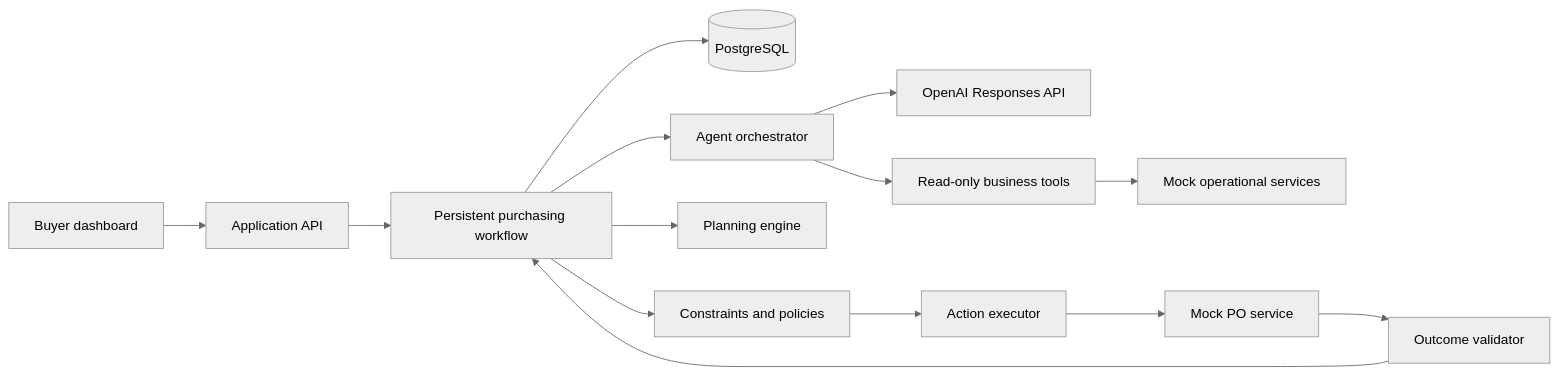
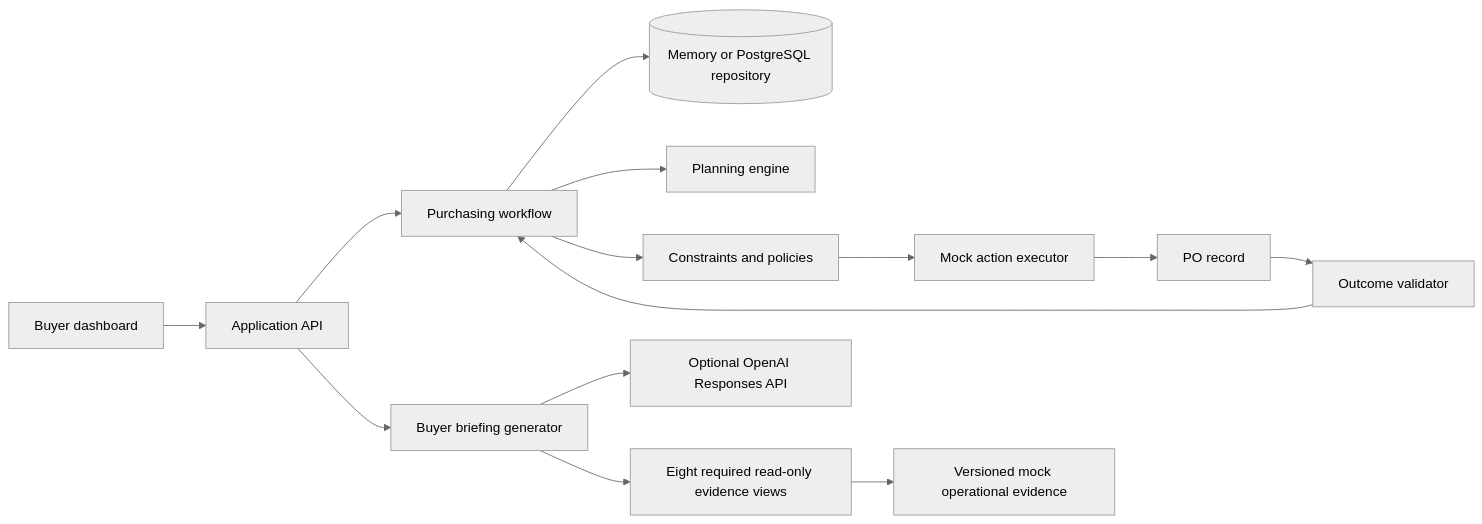
One commit to snehilsaini/ai-purchasing-agent changed the second of 2 diagrams in README.md. Above: the diagram before and after it, drawn with Mermaid (neutral theme). The commit also changed other lines of this file and 4 other files, not shown here.

````diff
--- a/README.md
+++ b/README.md
@@ -352,16 +365,16 @@
 ```mermaid
 flowchart LR
     UI[Buyer dashboard] --> API[Application API]
-    API --> WF[Persistent purchasing workflow]
-    WF --> DB[(PostgreSQL)]
-    WF --> AGENT[Agent orchestrator]
-    AGENT --> LLM[OpenAI Responses API]
-    AGENT --> TOOLS[Read-only business tools]
-    TOOLS --> SERVICES[Mock operational services]
+    API --> WF[Purchasing workflow]
+    WF --> DB[(Memory or PostgreSQL repository)]
+    API --> AGENT[Buyer briefing generator]
+    AGENT --> LLM[Optional OpenAI Responses API]
+    AGENT --> TOOLS[Eight required read-only evidence views]
+    TOOLS --> SERVICES[Versioned mock operational evidence]
     WF --> PLAN[Planning engine]
     WF --> RULES[Constraints and policies]
-    RULES --> EXEC[Action executor]
-    EXEC --> PO[Mock PO service]
+    RULES --> EXEC[Mock action executor]
+    EXEC --> PO[PO record]
     PO --> VALIDATOR[Outcome validator]
     VALIDATOR --> WF
 ```
````
